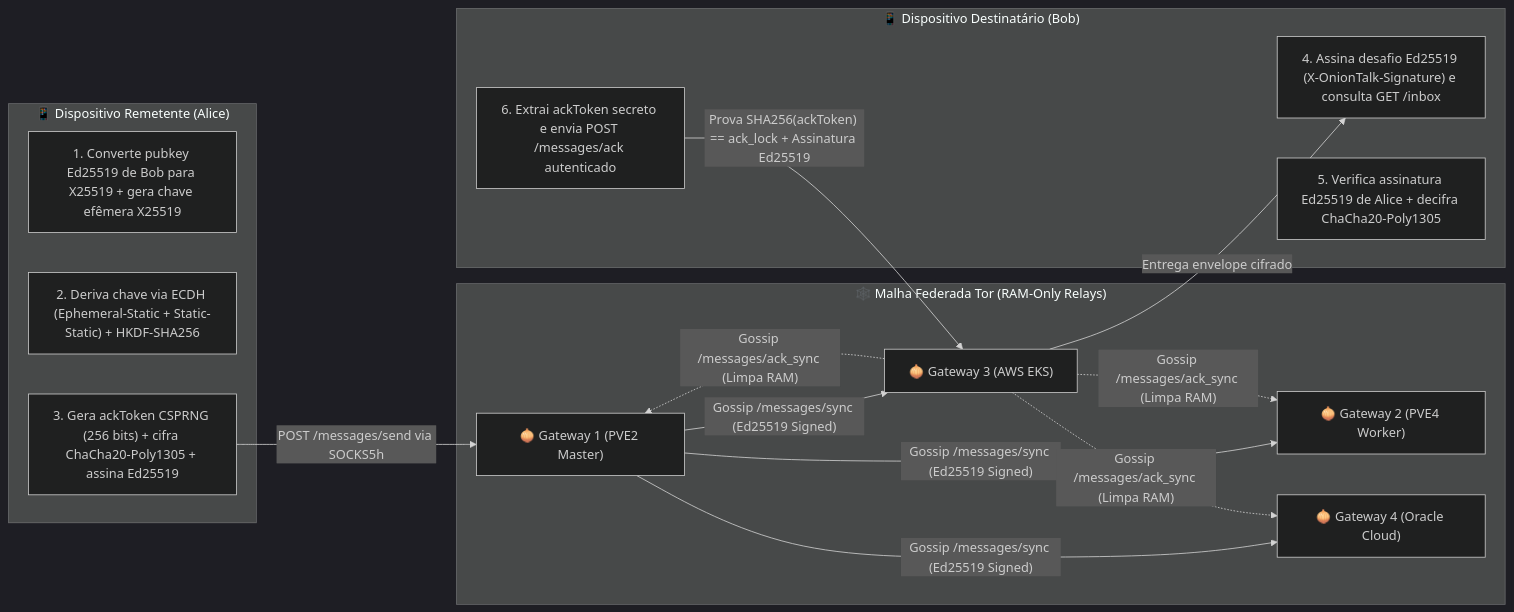
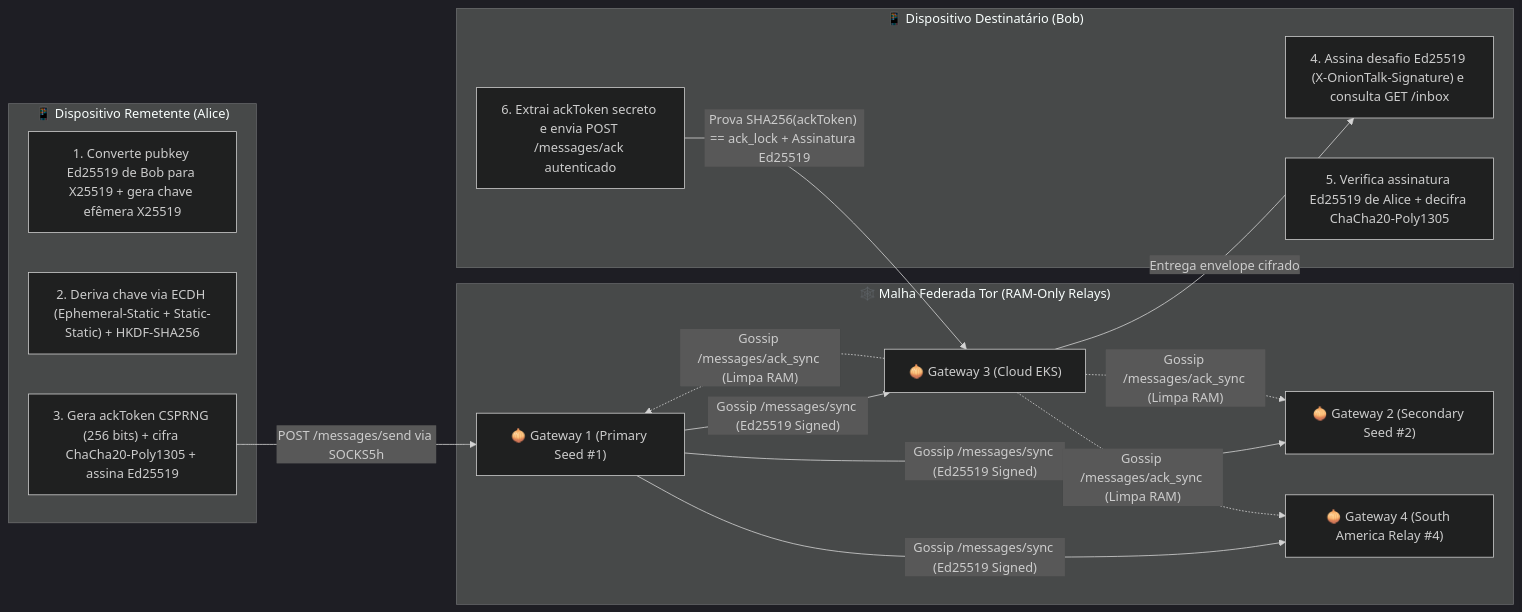
One commit to onion-talk/oniontalk-protocol changed the second of 2 diagrams in MANIFESTO.md. Above: the diagram before and after it, drawn with Mermaid (dark theme). The commit also changed other lines of this file and 18 other files, not shown here.

````diff
--- a/MANIFESTO.md
+++ b/MANIFESTO.md
@@ -69,29 +69,29 @@
 ```mermaid
 flowchart LR
     subgraph Alice["📱 Dispositivo Remetente (Alice)"]
         A1["1. Converte pubkey Ed25519 de Bob para X25519 + gera chave efêmera X25519"]
         A2["2. Deriva chave via ECDH (Ephemeral-Static + Static-Static) + HKDF-SHA256"]
         A3["3. Gera ackToken CSPRNG (256 bits) + cifra ChaCha20-Poly1305 + assina Ed25519"]
     end
 
     subgraph Mesh["🕸️ Malha Federada Tor (RAM-Only Relays)"]
-        R1["🧅 Gateway 1 (PVE2 Master)"]
-        R2["🧅 Gateway 2 (PVE4 Worker)"]
-        R3["🧅 Gateway 3 (AWS EKS)"]
-        R4["🧅 Gateway 4 (Oracle Cloud)"]
+        R1["🧅 Gateway 1 (Primary Seed #1)"]
+        R2["🧅 Gateway 2 (Secondary Seed #2)"]
+        R3["🧅 Gateway 3 (Cloud EKS)"]
+        R4["🧅 Gateway 4 (South America Relay #4)"]
         R1 -->|"Gossip /messages/sync (Ed25519 Signed)"| R2
         R1 -->|"Gossip /messages/sync (Ed25519 Signed)"| R3
         R1 -->|"Gossip /messages/sync (Ed25519 Signed)"| R4
     end
 
     subgraph Bob["📱 Dispositivo Destinatário (Bob)"]
         B1["4. Assina desafio Ed25519 (X-OnionTalk-Signature) e consulta GET /inbox"]
         B2["5. Verifica assinatura Ed25519 de Alice + decifra ChaCha20-Poly1305"]
         B3["6. Extrai ackToken secreto e envia POST /messages/ack autenticado"]
     end
 
     A3 -->|"POST /messages/send via SOCKS5h"| R1
     R3 -->|"Entrega envelope cifrado"| B1
     B3 -->|"Prova SHA256(ackToken) == ack_lock + Assinatura Ed25519"| R3
     R3 -.->|"Gossip /messages/ack_sync (Limpa RAM)"| R1 & R2 & R4
 ```
````
